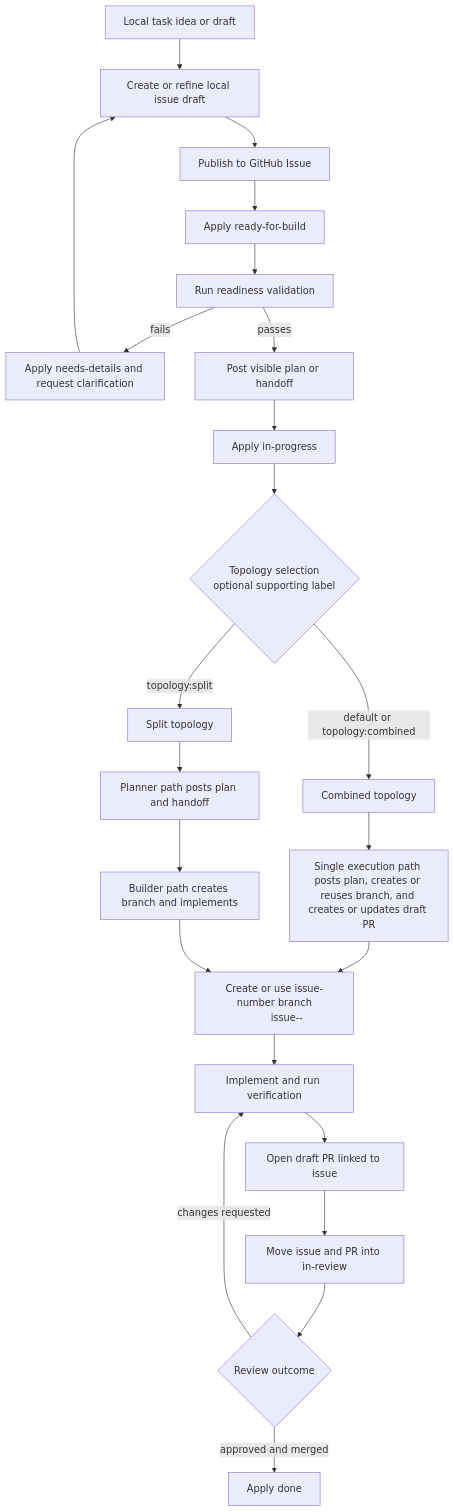
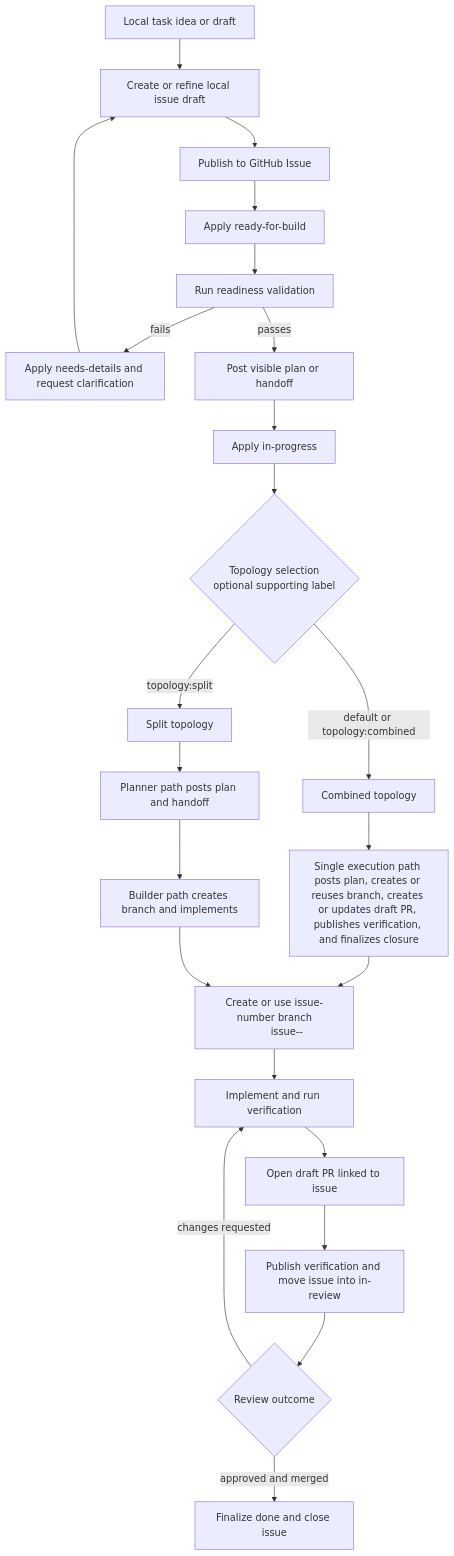
One commit to AgenticSDLC/agentic-sdlc-ops changed the first of 2 diagrams in public/LIFECYCLE.md. Above: the diagram before and after it, drawn with Mermaid. The commit also changed other lines of this file and 8 other files, not shown here.

Commit message:
Extend combined runtime through verification and closure

````diff
--- a/public/LIFECYCLE.md
+++ b/public/LIFECYCLE.md
@@ -9,30 +9,30 @@
 ```mermaid
 flowchart TD
 	A[Local task idea or draft] --> B[Create or refine local issue draft]
 	B --> C[Publish to GitHub Issue]
 	C --> D[Apply ready-for-build]
 	D --> E[Run readiness validation]
 	E -->|fails| F[Apply needs-details and request clarification]
 	F --> B
 	E -->|passes| G[Post visible plan or handoff]
 	G --> H[Apply in-progress]
 
 	H --> I{Topology selection
 	optional supporting label}
 	I -->|default or topology:combined| J[Combined topology]
 	I -->|topology:split| K[Split topology]
 
-	J --> L[Single execution path posts plan, creates or reuses branch, and creates or updates draft PR]
+	J --> L[Single execution path posts plan, creates or reuses branch, creates or updates draft PR, publishes verification, and finalizes closure]
 	K --> M[Planner path posts plan and handoff]
 	M --> N[Builder path creates branch and implements]
 
 	L --> O[Create or use issue-number branch
 	issue-<number>-<slug>]
 	N --> O
 	O --> P[Implement and run verification]
 	P --> Q[Open draft PR linked to issue]
-	Q --> R[Move issue and PR into in-review]
+	Q --> R[Publish verification and move issue into in-review]
 	R --> S{Review outcome}
 	S -->|changes requested| P
-	S -->|approved and merged| T[Apply done]
+	S -->|approved and merged| T[Finalize done and close issue]
 ```
````
